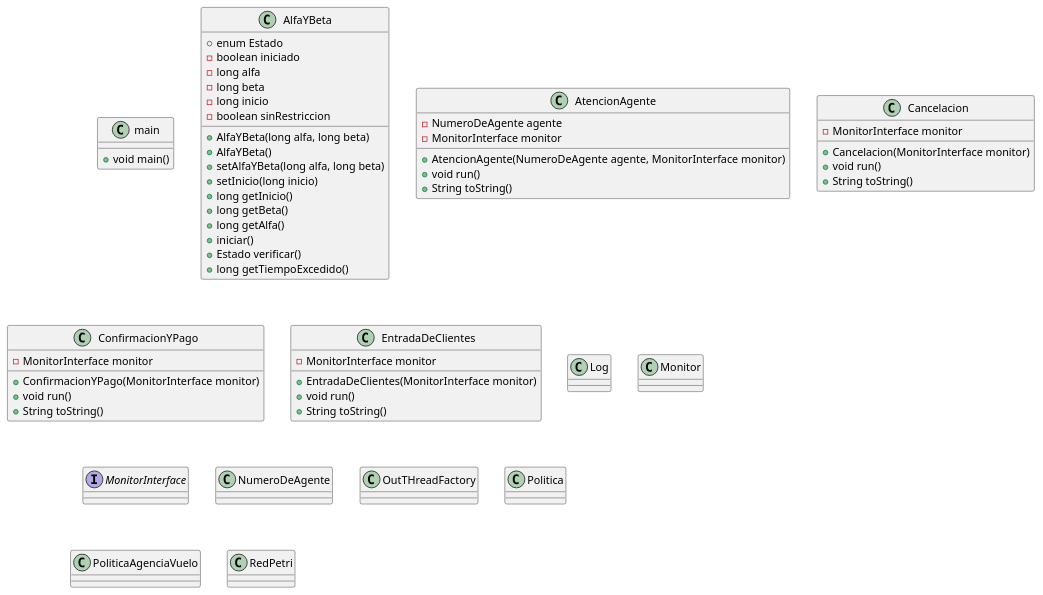
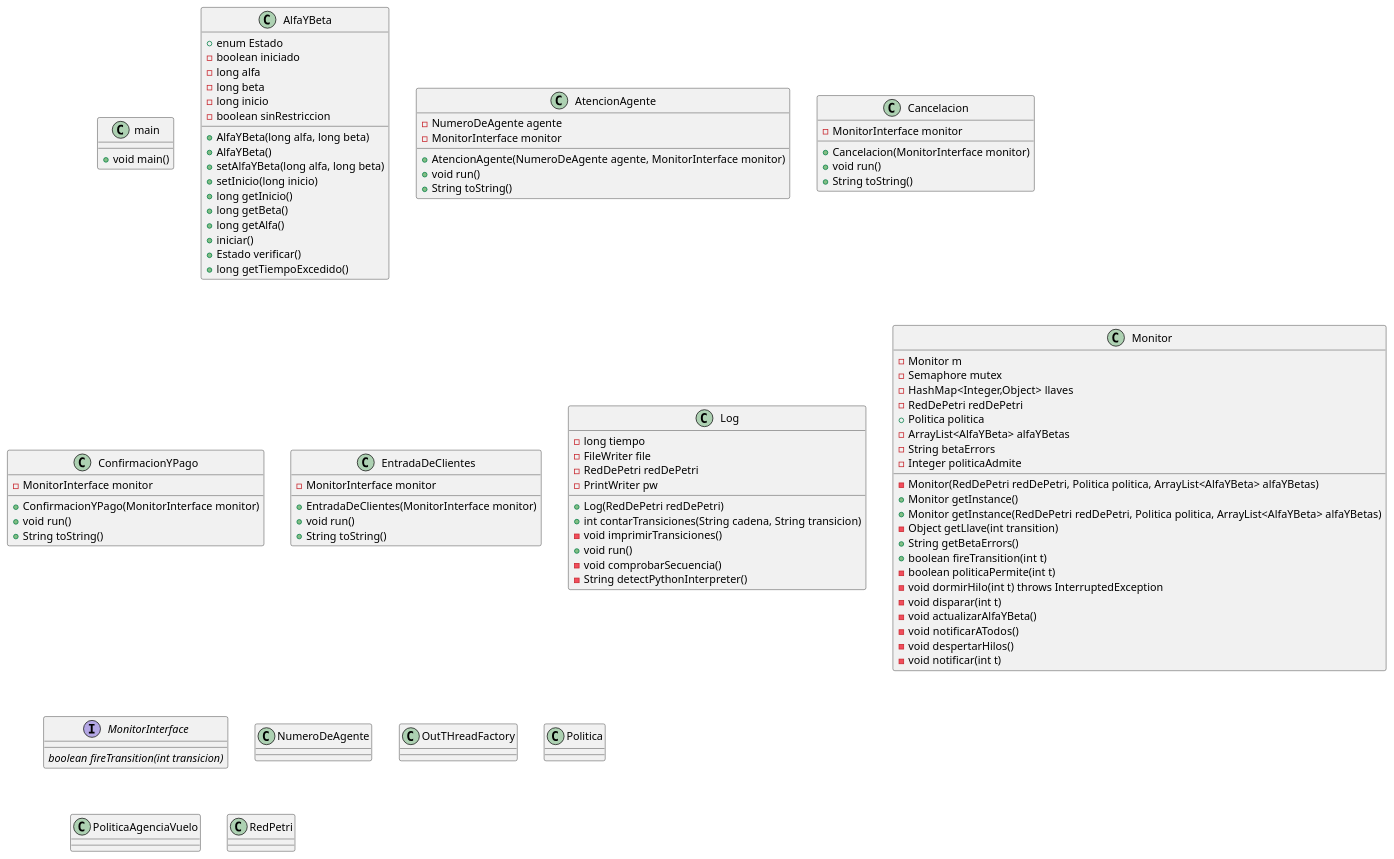
The diagram in doc/diagrama_class.puml (JosiasTomasnanez/flightAgencyAttendanceMonitor), drawn with PlantUML before and after one commit. The commit also changed 1 other file, not shown here.

Commit message:
Monitor, monitorInterface, Log

```diff
--- a/doc/diagrama_class.puml
+++ b/doc/diagrama_class.puml
@@ -1,71 +1,106 @@
 @startuml clases
 
 class main{
     + void main()
 }
 
 class AlfaYBeta{
     + enum Estado
     - boolean iniciado
     - long alfa
     - long beta
     - long inicio
     - boolean sinRestriccion
     + AlfaYBeta(long alfa, long beta)
     + AlfaYBeta()
     + setAlfaYBeta(long alfa, long beta)
     + setInicio(long inicio)
     + long getInicio()
     + long getBeta()
     + long getAlfa()
     + iniciar()
     + Estado verificar()
     + long getTiempoExcedido()
 }
 
 class AtencionAgente{
     - NumeroDeAgente agente
     - MonitorInterface monitor
     + AtencionAgente(NumeroDeAgente agente, MonitorInterface monitor)
     + void run()
     + String toString()
 }
 
 class Cancelacion{
     - MonitorInterface monitor
     + Cancelacion(MonitorInterface monitor)
     + void run()
     + String toString()
 }
 
 class ConfirmacionYPago{
     - MonitorInterface monitor
     + ConfirmacionYPago(MonitorInterface monitor)
     + void run()
     + String toString()
 }
 
 class EntradaDeClientes{
     - MonitorInterface monitor
     + EntradaDeClientes(MonitorInterface monitor)
     + void run()
     + String toString()
 }
 
-class Log{}
+class Log{
+    - long tiempo
+    - FileWriter file
+    - RedDePetri redDePetri
+    - PrintWriter pw
+    + Log(RedDePetri redDePetri)
+    + int contarTransiciones(String cadena, String transicion)
+    - void imprimirTransiciones()
+    + void run()
+    - void comprobarSecuencia()
+    - String detectPythonInterpreter()
+}
 
-class Monitor{}
+class Monitor{
+    - Monitor m
+    - Semaphore mutex
+    - HashMap<Integer,Object> llaves
+    - RedDePetri redDePetri
+    + Politica politica
+    - ArrayList<AlfaYBeta> alfaYBetas
+    - String betaErrors
+    - Integer politicaAdmite
+    - Monitor(RedDePetri redDePetri, Politica politica, ArrayList<AlfaYBeta> alfaYBetas)
+    + Monitor getInstance()
+    + Monitor getInstance(RedDePetri redDePetri, Politica politica, ArrayList<AlfaYBeta> alfaYBetas)
+    - Object getLlave(int transition)
+    + String getBetaErrors()
+    + boolean fireTransition(int t)
+    - boolean politicaPermite(int t)
+    - void dormirHilo(int t) throws InterruptedException
+    - void disparar(int t)
+    - void actualizarAlfaYBeta()
+    - void notificarATodos()
+    - void despertarHilos()
+    - void notificar(int t)
+}
 
-interface MonitorInterface{}
+interface MonitorInterface{
+    {abstract} boolean fireTransition(int transicion)
+}
 
 class NumeroDeAgente{}
 
 class OutTHreadFactory{}
 
 class Politica{}
 
 class PoliticaAgenciaVuelo{}
 
 class RedPetri{}
 
 @enduml
```
